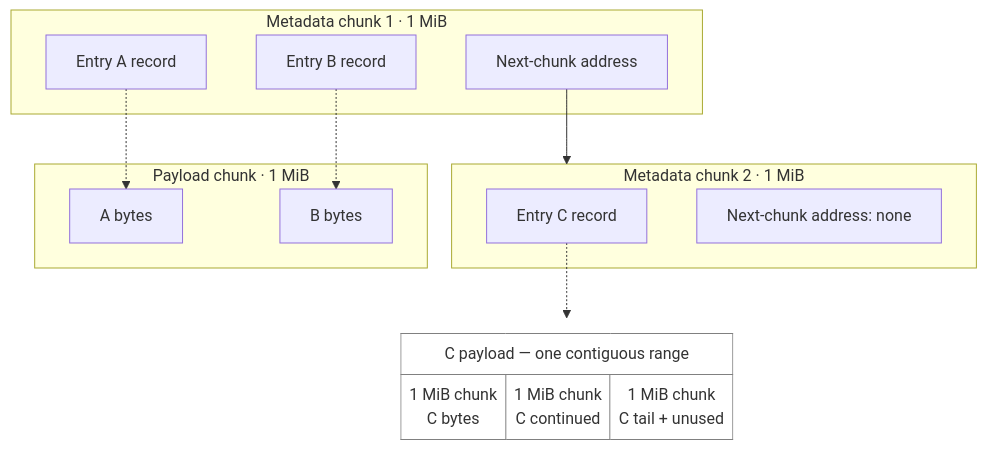
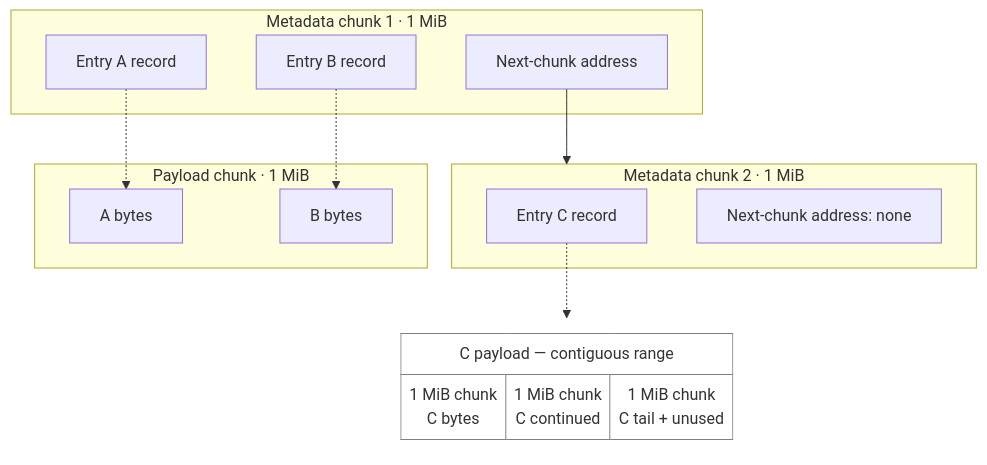
One commit to PSeitz/feuer changed the diagram in format.md. Above: the diagram before and after it, drawn with Mermaid. The commit also changed other lines of this file and 58 other files, not shown here.

````diff
--- a/format.md
+++ b/format.md
@@ -18,22 +18,22 @@
 ```mermaid
 flowchart TB
     subgraph M1["Metadata chunk 1 · 1 MiB"]
         A["Entry A record"]
         B["Entry B record"]
         NEXT["Next-chunk address"]
     end
     subgraph M2["Metadata chunk 2 · 1 MiB"]
         C["Entry C record"]
         LAST["Next-chunk address: none"]
     end
     subgraph P1["Payload chunk · 1 MiB"]
         PA["A bytes"]
         PB["B bytes"]
     end
-    PC["<table border='1' cellspacing='0' cellpadding='8' style='border-collapse:collapse;white-space:nowrap'><tr><td colspan='3'>C payload — one contiguous range</td></tr><tr><td>1 MiB chunk<br/>C bytes</td><td>1 MiB chunk<br/>C continued</td><td>1 MiB chunk<br/>C tail + unused</td></tr></table>"]
+    PC["<table border='1' cellspacing='0' cellpadding='8' style='border-collapse:collapse;white-space:nowrap'><tr><td colspan='3'>C payload — contiguous range</td></tr><tr><td>1 MiB chunk<br/>C bytes</td><td>1 MiB chunk<br/>C continued</td><td>1 MiB chunk<br/>C tail + unused</td></tr></table>"]
     NEXT --> M2
     A -.-> PA
     B -.-> PB
     C -.-> PC
     style PC fill:none,stroke:none
 ```
````
